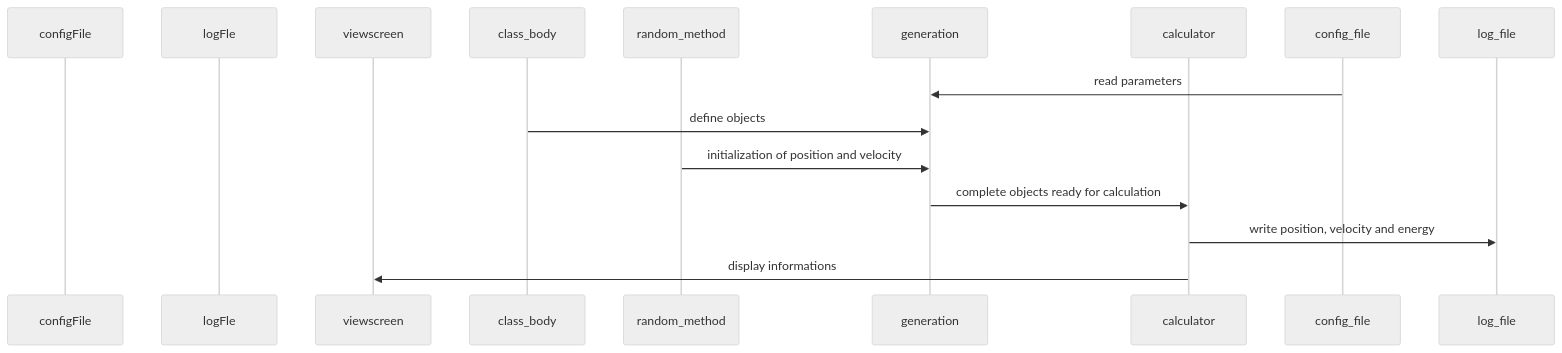
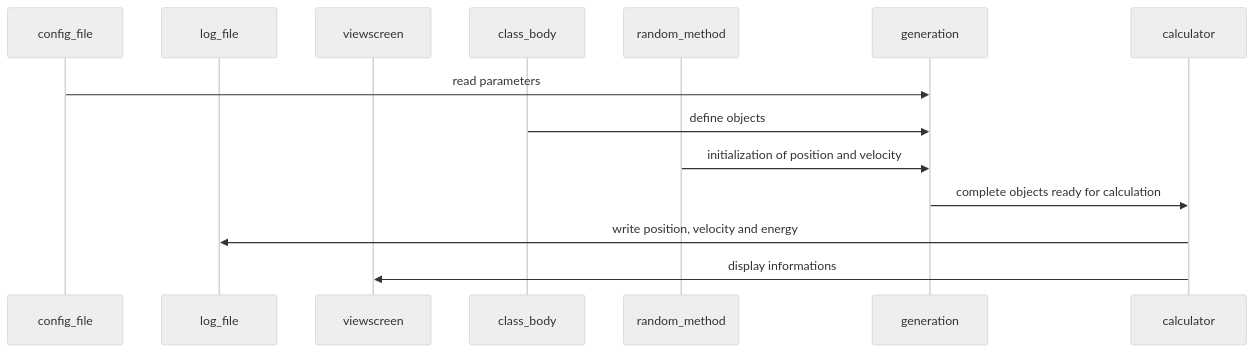
One commit to lou720/progetto_programmazione changed the second of 2 diagrams in TODO.md. Above: the diagram before and after it, drawn with Mermaid (neutral theme).

Commit message:
mod program flow in TODO

````diff
--- a/TODO.md
+++ b/TODO.md
@@ -18,17 +18,17 @@
 ```mermaid
 sequenceDiagram
-    participant configFile
-    participant logFle
+    participant config_file
+    participant log_file
     participant viewscreen
     participant class_body
     participant random_method
     participant generation
     participant calculator
 
     config_file->>generation: read parameters
     class_body->>generation: define objects
     random_method->>generation: initialization of position and velocity
     generation->>calculator: complete objects ready for calculation
     calculator->>log_file: write position, velocity and energy
     calculator->>viewscreen: display informations
 ```
````
